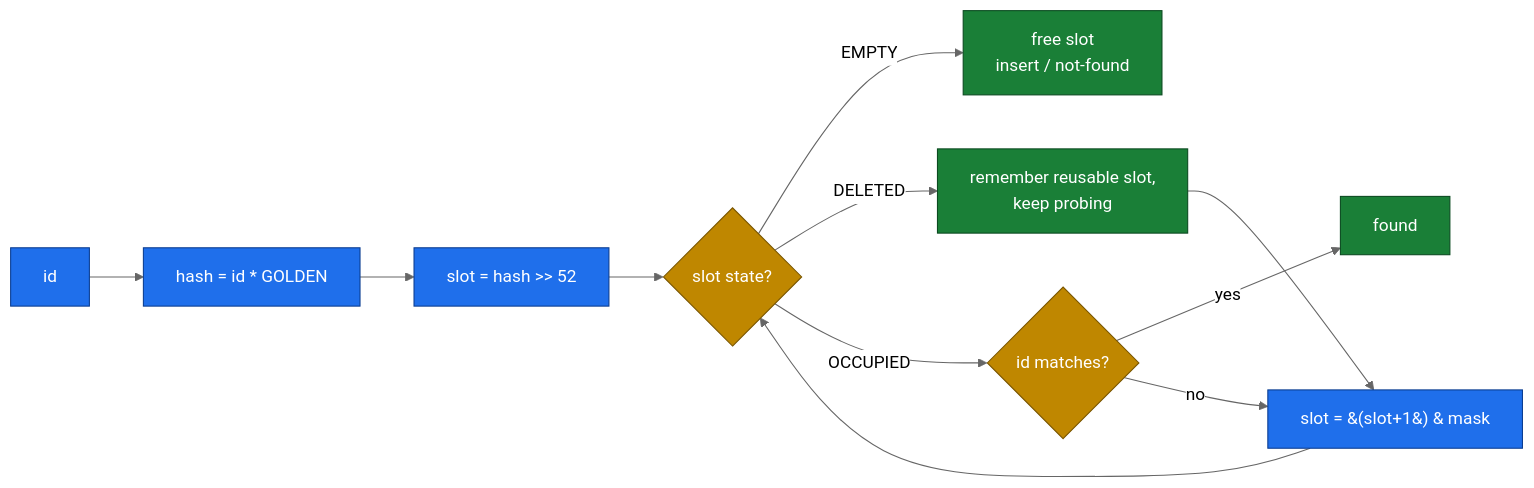
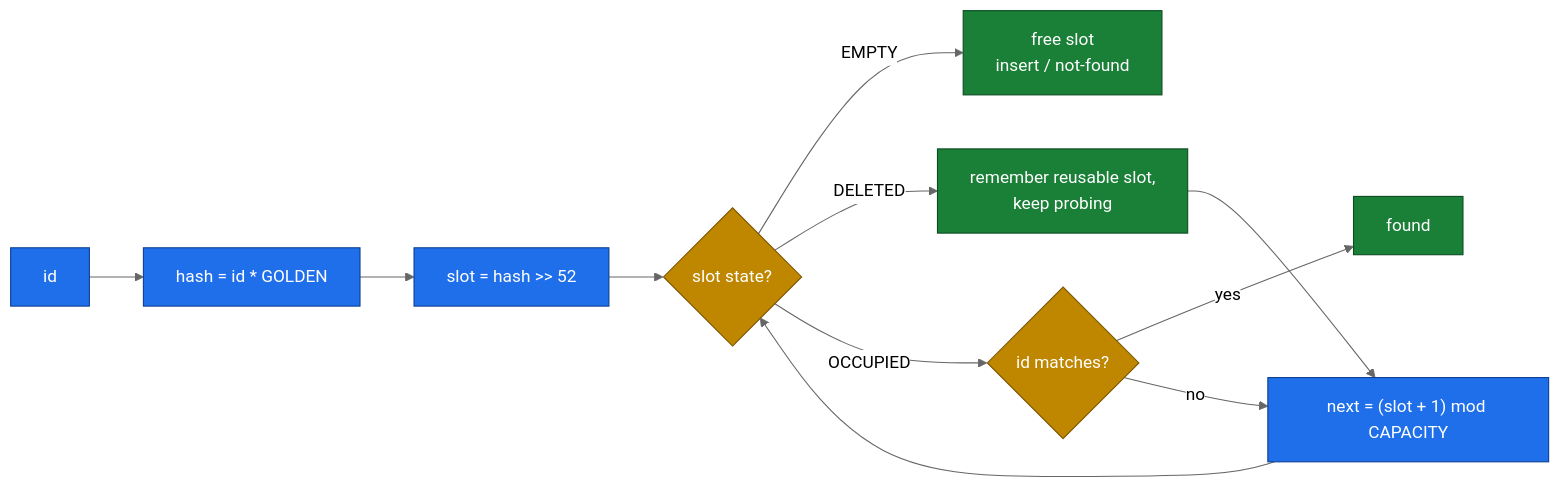
Before and after one commit to fredgis/asmDB: the fifth of 6 diagrams in README.md, drawn with Mermaid (neutral theme). The commit also changed other lines of this file, not shown here.

Commit message:
docs: simplify Mermaid labels for reliable GitHub rendering

Copilot-Session: ab8ae5e0-e62f-4539-823d-70570d7062e3

````diff
--- a/README.md
+++ b/README.md
@@ -164,20 +164,20 @@
 ```mermaid
 flowchart LR
     ID[id] --> HH["hash = id * GOLDEN"]
     HH --> SLOT["slot = hash >> 52"]
     SLOT --> P{slot state?}
     P -- EMPTY --> INS[free slot<br/>insert / not-found]
     P -- DELETED --> REU[remember reusable slot,<br/>keep probing]
     P -- OCCUPIED --> EQ{id matches?}
     EQ -- yes --> HIT[found]
-    EQ -- no --> NX["slot = &#40;slot+1&#41; &amp; mask"]
+    EQ -- no --> NX["next = (slot + 1) mod CAPACITY"]
     NX --> P
     REU --> NX
 
     classDef k fill:#1f6feb,stroke:#0b3d91,color:#fff
     classDef d fill:#bf8700,stroke:#7a5600,color:#fff
     classDef g fill:#1a7f37,stroke:#0b4a20,color:#fff
     class ID,HH,SLOT,NX k
     class P,EQ d
     class INS,REU,HIT g
 ```
````
